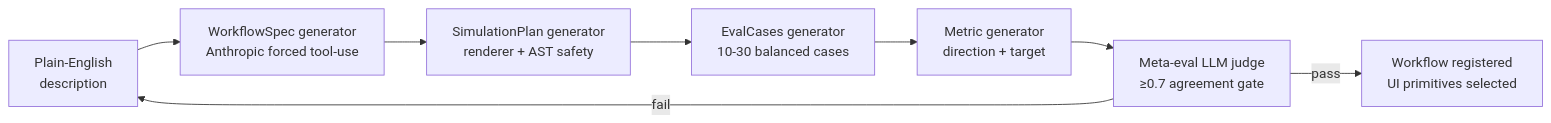
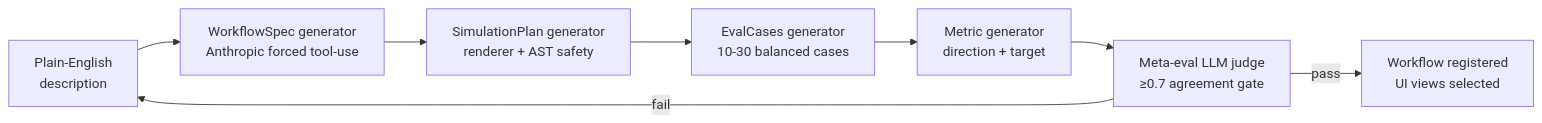
The third of 5 diagrams in docs/ARCHITECTURE.md (ownEvoAi/ownevo_app), drawn with Mermaid before and after one commit. The commit also changed other lines of this file and 12 other files, not shown here.

````diff
--- a/docs/ARCHITECTURE.md
+++ b/docs/ARCHITECTURE.md
@@ -87,10 +87,10 @@
 ```mermaid
 flowchart LR
   Desc[Plain-English<br/>description] --> WS[WorkflowSpec generator<br/>Anthropic forced tool-use]
   WS --> SP[SimulationPlan generator<br/>renderer + AST safety]
   SP --> EC[EvalCases generator<br/>10-30 balanced cases]
   EC --> M[Metric generator<br/>direction + target]
   M --> ME[Meta-eval LLM judge<br/>≥0.7 agreement gate]
-  ME -- pass --> R[Workflow registered<br/>UI primitives selected]
+  ME -- pass --> R[Workflow registered<br/>UI views selected]
   ME -- fail --> Desc
 ```
````
